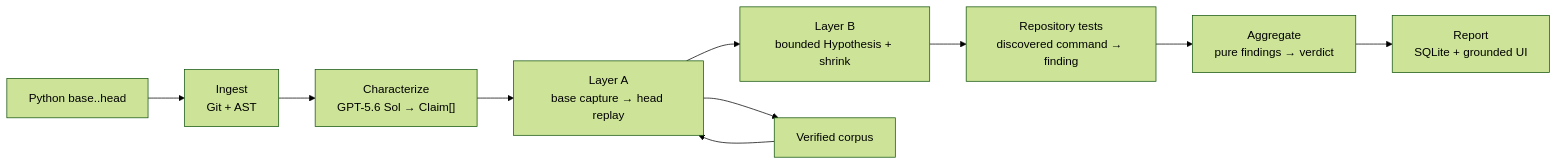
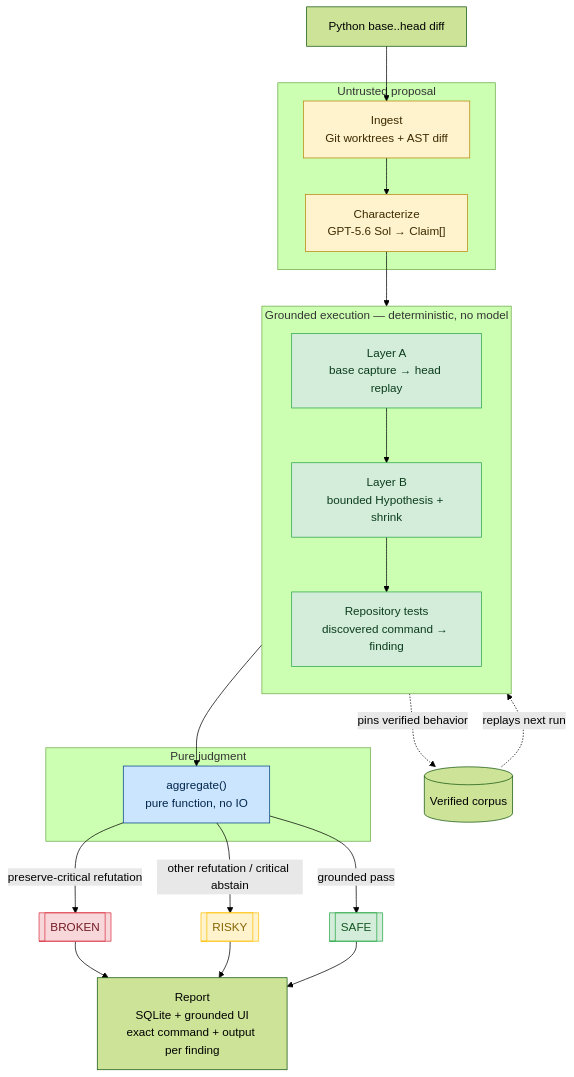
One commit to stefbuilds/cross-examine changed the diagram in README.md. Above: the diagram before and after it, drawn with Mermaid (forest theme). The commit also changed other lines of this file and 1 other file, not shown here.

Commit message:
docs: polish Build Week architecture

````diff
--- a/README.md
+++ b/README.md
@@ -66,12 +70,47 @@
 ```mermaid
-flowchart LR
-  PR["Python base..head"] --> I["Ingest\nGit + AST"]
-  I --> C["Characterize\nGPT-5.6 Sol → Claim[]"]
-  C --> A["Layer A\nbase capture → head replay"]
-  A --> B["Layer B\nbounded Hypothesis + shrink"]
-  B --> T["Repository tests\ndiscovered command → finding"]
-  T --> G["Aggregate\npure findings → verdict"]
-  G --> R["Report\nSQLite + grounded UI"]
-  A --> P["Verified corpus"]
-  P --> A
+flowchart TB
+  PR["Python base..head diff"] --> I
+
+  subgraph U["Untrusted proposal"]
+    I["Ingest\nGit worktrees + AST diff"] --> C["Characterize\nGPT-5.6 Sol → Claim[]"]
+  end
+
+  subgraph EX["Grounded execution — deterministic, no model"]
+    direction TB
+    LA["Layer A\nbase capture → head replay"] --> LB["Layer B\nbounded Hypothesis + shrink"]
+    LB --> RT["Repository tests\ndiscovered command → finding"]
+  end
+
+  C --> LA
+
+  subgraph J["Pure judgment"]
+    AG["aggregate()\npure function, no IO"]
+  end
+
+  RT --> AG
+
+  AG -->|preserve-critical refutation| BROKEN[["BROKEN"]]
+  AG -->|other refutation / critical abstain| RISKY[["RISKY"]]
+  AG -->|grounded pass| SAFE[["SAFE"]]
+
+  BROKEN --> R["Report\nSQLite + grounded UI\nexact command + output per finding"]
+  RISKY --> R
+  SAFE --> R
+
+  LA -.->|pins verified behavior| P[("Verified corpus")]
+  P -.->|replays next run| LA
+
+  classDef untrusted fill:#fff3cd,stroke:#b8860b,color:#3d2b00
+  classDef grounded fill:#d4edda,stroke:#28a745,color:#0b3d1e
+  classDef pure fill:#cce5ff,stroke:#004085,color:#00264d
+  classDef broken fill:#f8d7da,stroke:#dc3545,color:#721c24
+  classDef risky fill:#fff3cd,stroke:#ffc107,color:#856404
+  classDef safe fill:#d4edda,stroke:#28a745,color:#155724
+
+  class I,C untrusted
+  class LA,LB,RT grounded
+  class AG pure
+  class BROKEN broken
+  class RISKY risky
+  class SAFE safe
 ```
````
